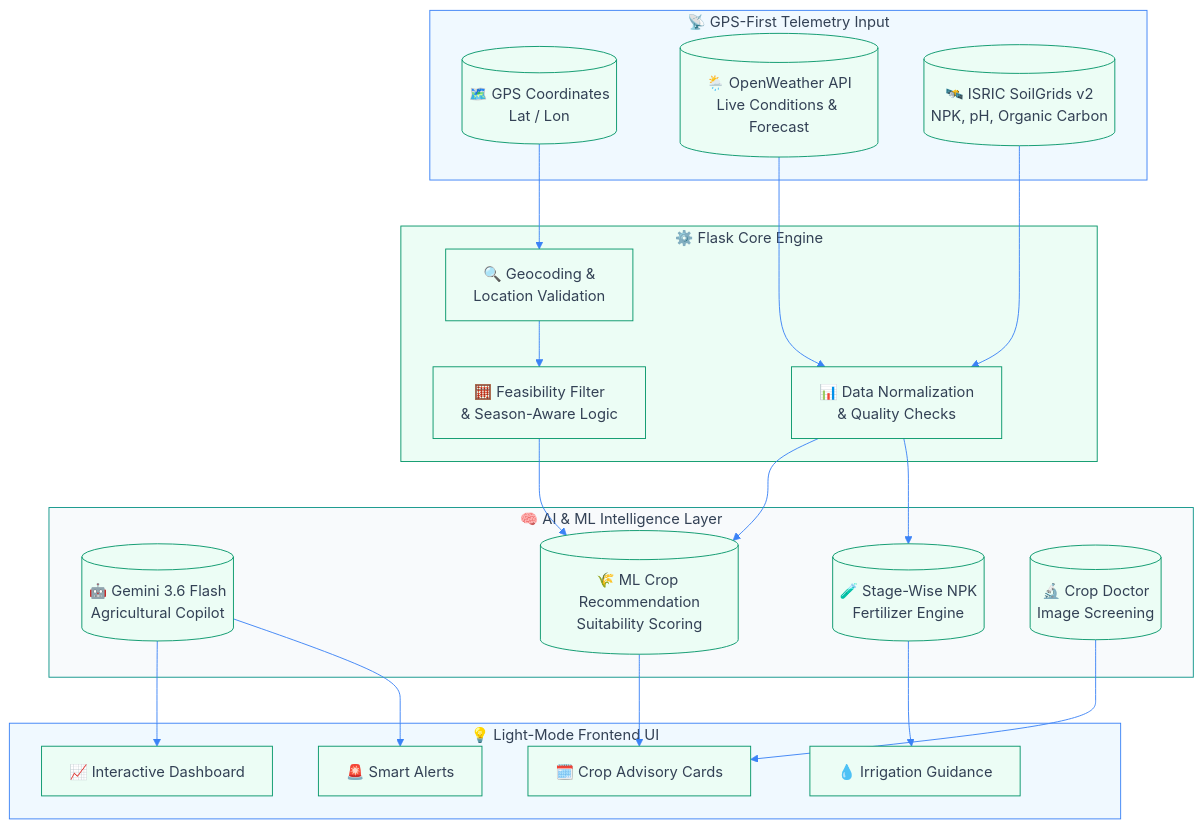
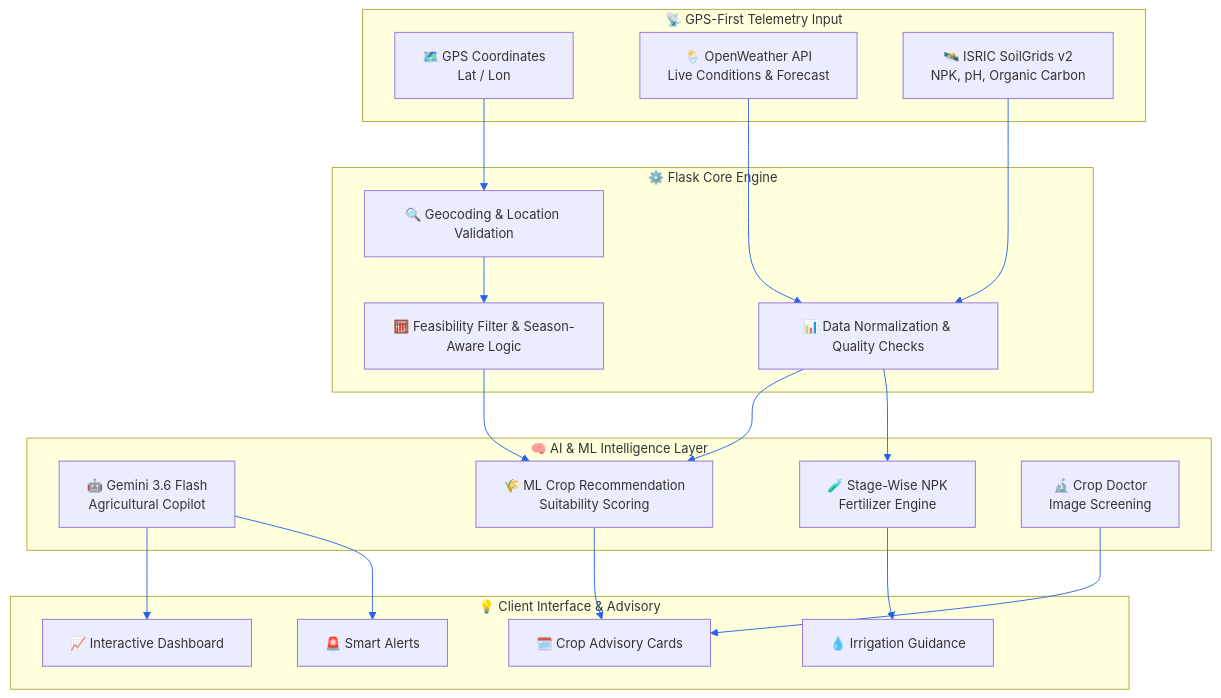
Before and after one commit to bandiarunkumar/AGRIFY: the diagram in README.md, drawn with Mermaid. The commit also changed other lines of this file, not shown here.

Commit message:
docs: update README for GitHub light and dark mode compatibility

````diff
--- a/README.md
+++ b/README.md
@@ -71,47 +26,42 @@
 ```mermaid
-%%{init: {'theme':'base', 'themeVariables': { 'primaryColor':'#ECFDF5', 'primaryTextColor':'#334155', 'primaryBorderColor':'#059669', 'lineColor':'#3B82F6', 'secondaryColor':'#F0F9FF', 'tertiaryColor':'#F8FAFC'}}}%%
+%%{init: {'theme': 'default', 'themeVariables': { 'fontFamily': 'sans-serif', 'fontSize': '14px', 'lineColor': '#2563EB', 'tertiaryColor': '#F3F4F6'}}}%%
 flowchart TD
     subgraph INPUT ["📡 GPS-First Telemetry Input"]
-        A1[("🗺️ GPS Coordinates\nLat / Lon")]
-        A2[("🌦️ OpenWeather API\nLive Conditions & Forecast")]
-        A3[("🛰️ ISRIC SoilGrids v2\nNPK, pH, Organic Carbon")]
+        A1["🗺️ GPS Coordinates<br/>Lat / Lon"]
+        A2["🌦️ OpenWeather API<br/>Live Conditions & Forecast"]
+        A3["🛰️ ISRIC SoilGrids v2<br/>NPK, pH, Organic Carbon"]
     end
     
     subgraph CORE ["⚙️ Flask Core Engine"]
-        B1["🔍 Geocoding &\nLocation Validation"]
-        B2["🧮 Feasibility Filter\n& Season-Aware Logic"]
-        B3["📊 Data Normalization\n& Quality Checks"]
+        B1["🔍 Geocoding & Location Validation"]
+        B2["🧮 Feasibility Filter & Season-Aware Logic"]
+        B3["📊 Data Normalization & Quality Checks"]
     end
     
     subgraph INTELLIGENCE ["🧠 AI & ML Intelligence Layer"]
-        C1[("🤖 Gemini 3.6 Flash\nAgricultural Copilot")]
-        C2[("🌾 ML Crop Recommendation\nSuitability Scoring")]
-        C3[("🧪 Stage-Wise NPK\nFertilizer Engine")]
-        C4[("🔬 Crop Doctor\nImage Screening")]
+        C1["🤖 Gemini 3.6 Flash<br/>Agricultural Copilot"]
+        C2["🌾 ML Crop Recommendation<br/>Suitability Scoring"]
+        C3["🧪 Stage-Wise NPK<br/>Fertilizer Engine"]
+        C4["🔬 Crop Doctor<br/>Image Screening"]
     end
     
-    subgraph OUTPUT ["💡 Light-Mode Frontend UI"]
+    subgraph OUTPUT ["💡 Client Interface & Advisory"]
         D1["📈 Interactive Dashboard"]
         D2["🗓️ Crop Advisory Cards"]
         D3["💧 Irrigation Guidance"]
         D4["🚨 Smart Alerts"]
     end
     
     A1 --> B1
     A2 --> B3
     A3 --> B3
     B1 --> B2
     B2 --> C2
     B3 --> C2
     B3 --> C3
     C2 --> D2
     C3 --> D3
     C1 --> D1
     C4 --> D2
     C1 --> D4
-    
-    style INPUT fill:#F0F9FF,stroke:#3B82F6,color:#334155
-    style CORE fill:#ECFDF5,stroke:#059669,color:#334155
-    style INTELLIGENCE fill:#F8FAFC,stroke:#0D9488,color:#334155
-    style OUTPUT fill:#F0F9FF,stroke:#3B82F6,color:#334155
 ```
````
